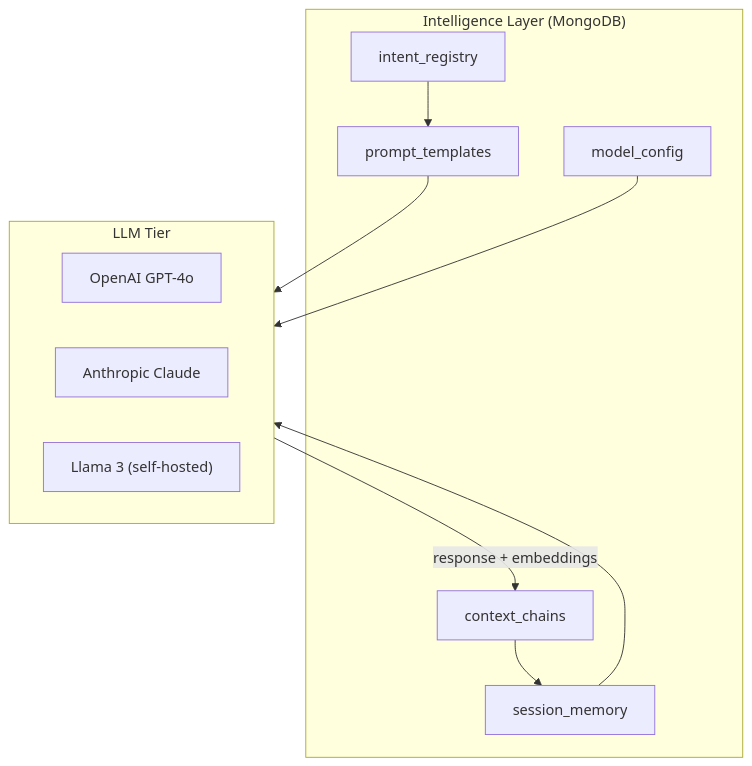
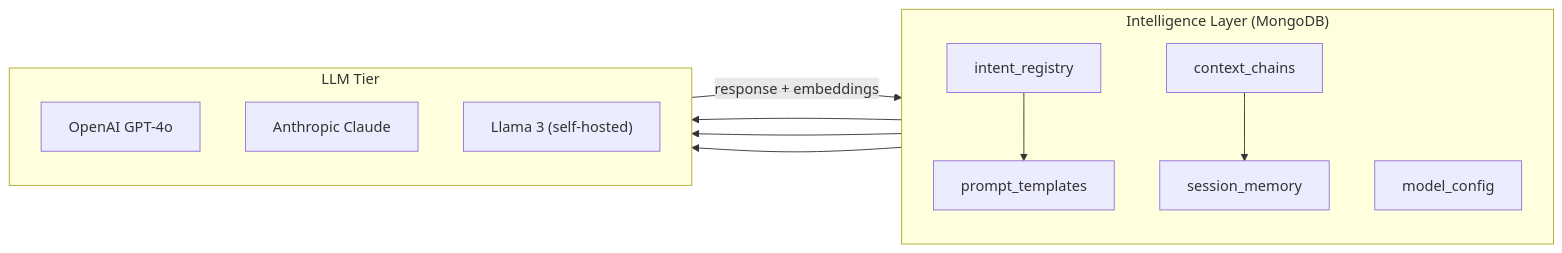
Before and after one commit to jgschmitz/MongoDB-4-AI: the first of 3 diagrams in README.md, drawn with Mermaid.

Commit message:
Update README.md
fixed covered up section in mermaid diagram

````diff
--- a/README.md
+++ b/README.md
@@ -21,23 +21,25 @@
 ```mermaid
-graph TD
+graph LR
     subgraph Intelligence_Layer["Intelligence Layer (MongoDB)"]
+        direction TB
+        M_Intent["intent_registry"]
+        M_Config["model_config"]
         M_Prompts["prompt_templates"]
         M_Memory["session_memory"]
-        M_Intent["intent_registry"]
-        M_Config["model_config"]
         M_Context["context_chains"]
     end
 
     subgraph LLM_Tier["LLM Tier"]
+        direction TB
         GPT["OpenAI GPT-4o"]
         Claude["Anthropic Claude"]
         Llama["Llama 3 (self-hosted)"]
     end
 
+    M_Intent --> M_Prompts
     M_Prompts --> LLM_Tier
     M_Memory --> LLM_Tier
-    M_Intent --> M_Prompts
     M_Config --> LLM_Tier
     LLM_Tier -->|response + embeddings| M_Context
     M_Context --> M_Memory
 ```
````
